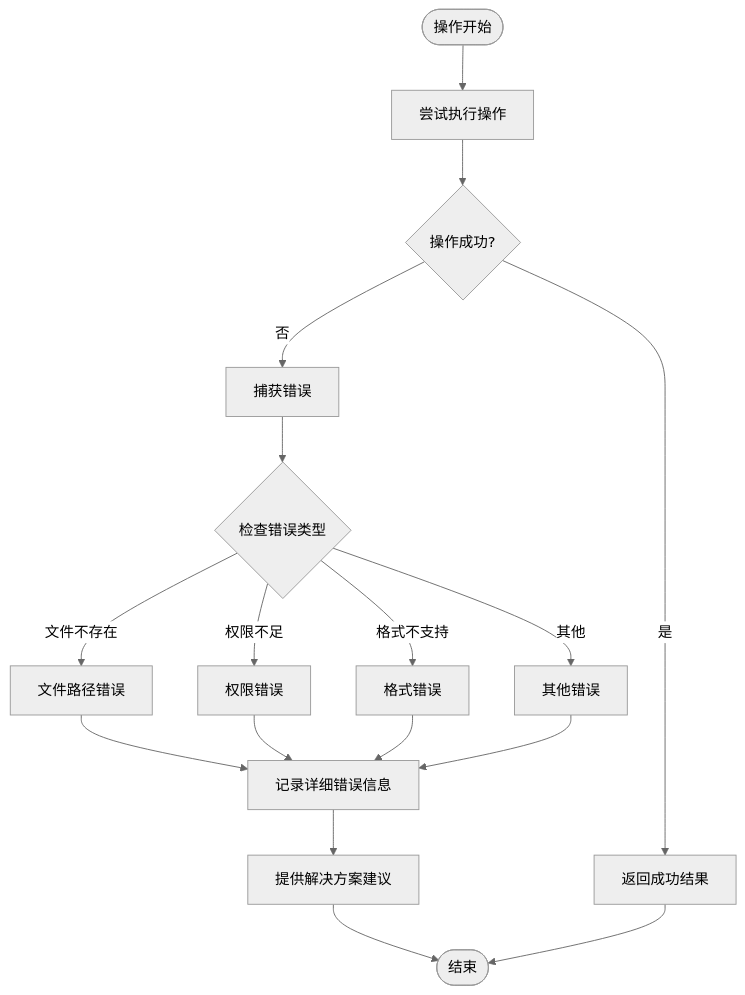
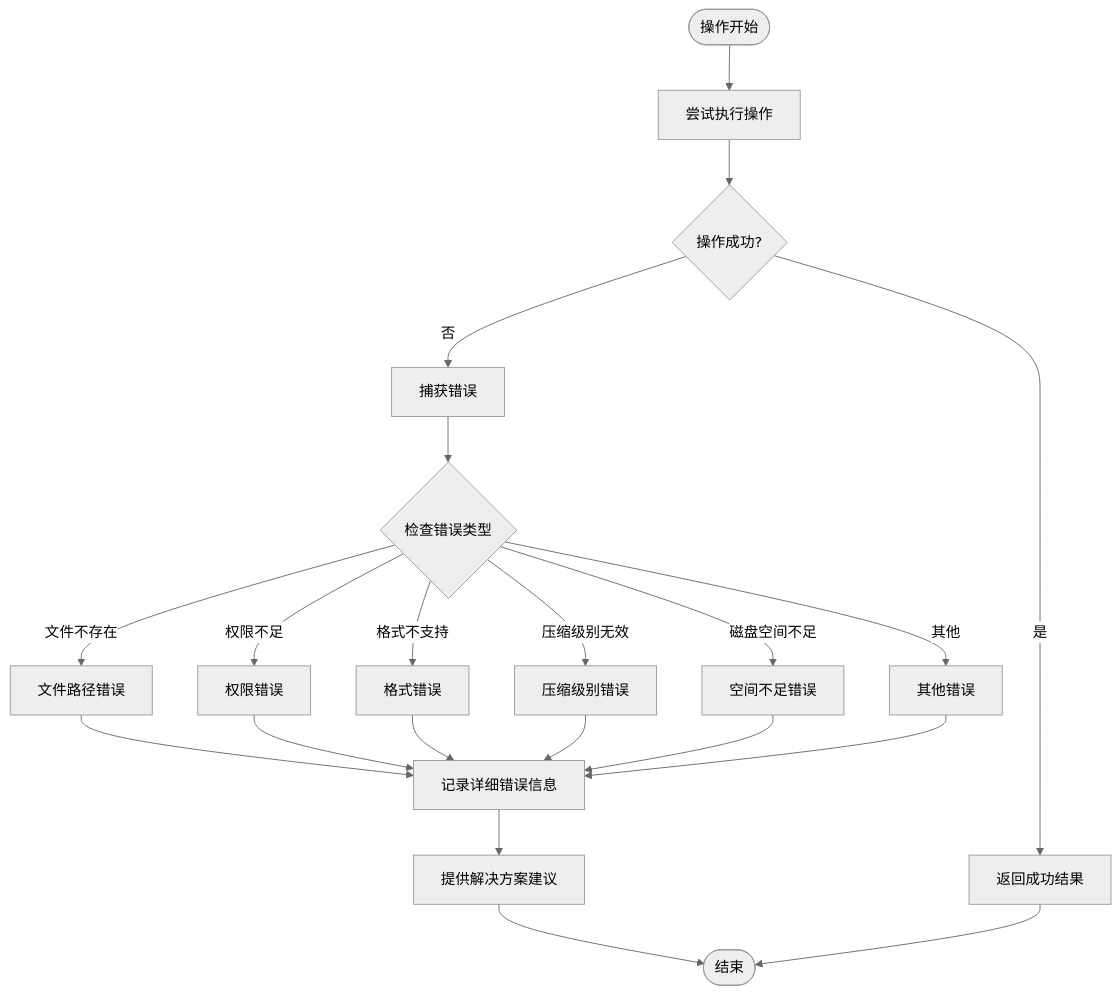
One commit to zhangjiacai-hub/myArchive changed diagram 13 of 13 in .qoder/repowiki/zh/content/核心功能实现/压缩功能实现.md. Above: the diagram before and after it, drawn with Mermaid (neutral theme). The commit also changed other lines of this file and 6 other files, not shown here.

````diff
--- a/.qoder/repowiki/zh/content/核心功能实现/压缩功能实现.md
+++ b/.qoder/repowiki/zh/content/核心功能实现/压缩功能实现.md
@@ -413,19 +674,23 @@
 ```mermaid
 flowchart TD
 Start([操作开始]) --> TryOperation["尝试执行操作"]
 TryOperation --> CheckSuccess{操作成功?}
 CheckSuccess --> |是| Success["返回成功结果"]
 CheckSuccess --> |否| CatchError["捕获错误"]
 CatchError --> CheckErrorType{检查错误类型}
 CheckErrorType --> |文件不存在| FileError["文件路径错误"]
 CheckErrorType --> |权限不足| PermissionError["权限错误"]
 CheckErrorType --> |格式不支持| FormatError["格式错误"]
+CheckErrorType --> |压缩级别无效| LevelError["压缩级别错误"]
+CheckErrorType --> |磁盘空间不足| SpaceError["空间不足错误"]
 CheckErrorType --> |其他| OtherError["其他错误"]
 FileError --> LogError["记录详细错误信息"]
 PermissionError --> LogError
 FormatError --> LogError
+LevelError --> LogError
+SpaceError --> LogError
 OtherError --> LogError
 LogError --> ProvideSolution["提供解决方案建议"]
 ProvideSolution --> End([结束])
 Success --> End
 ```
````
